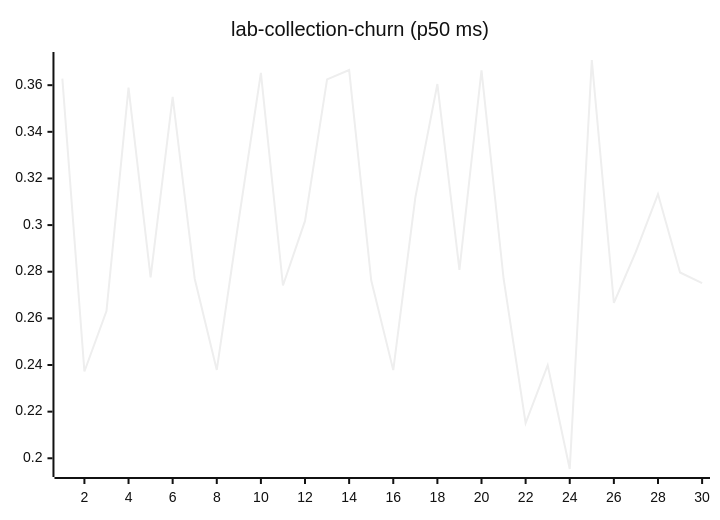
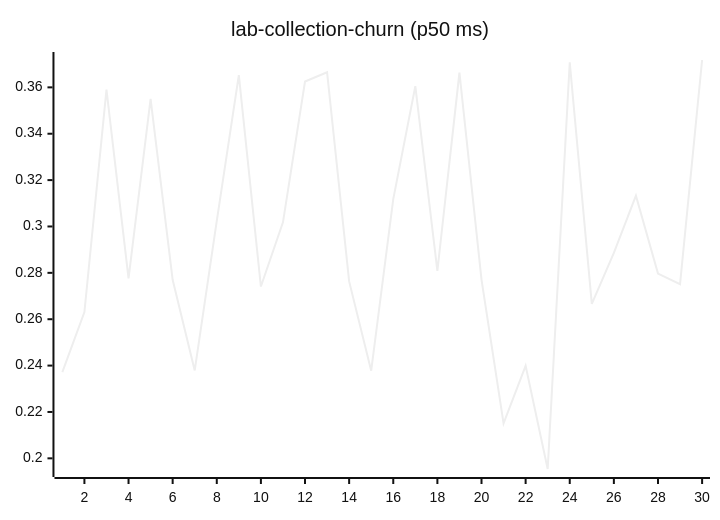
One commit to josha/Facet changed diagram 11 of 27 in README.md. Above: the diagram before and after it, drawn with Mermaid (neutral theme). The commit also changed other lines of this file and 2 other files, not shown here.

````diff
--- a/README.md
+++ b/README.md
@@ -133,6 +133,6 @@
 ```mermaid
 xychart-beta
     title "lab-collection-churn (p50 ms)"
     x-axis 1 --> 30
-    line [0.3628, 0.2372, 0.2631, 0.3590, 0.2776, 0.3550, 0.2770, 0.2379, 0.3024, 0.3653, 0.2741, 0.3018, 0.3625, 0.3665, 0.2763, 0.2378, 0.3118, 0.3605, 0.2808, 0.3664, 0.2771, 0.2151, 0.2399, 0.1954, 0.3708, 0.2666, 0.2886, 0.3133, 0.2797, 0.2751]
+    line [0.2372, 0.2631, 0.3590, 0.2776, 0.3550, 0.2770, 0.2379, 0.3024, 0.3653, 0.2741, 0.3018, 0.3625, 0.3665, 0.2763, 0.2378, 0.3118, 0.3605, 0.2808, 0.3664, 0.2771, 0.2151, 0.2399, 0.1954, 0.3708, 0.2666, 0.2886, 0.3133, 0.2797, 0.2751, 0.3718]
 ```
````
